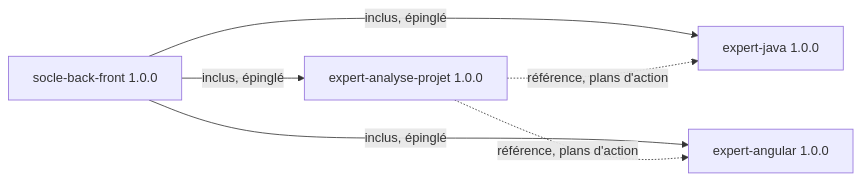
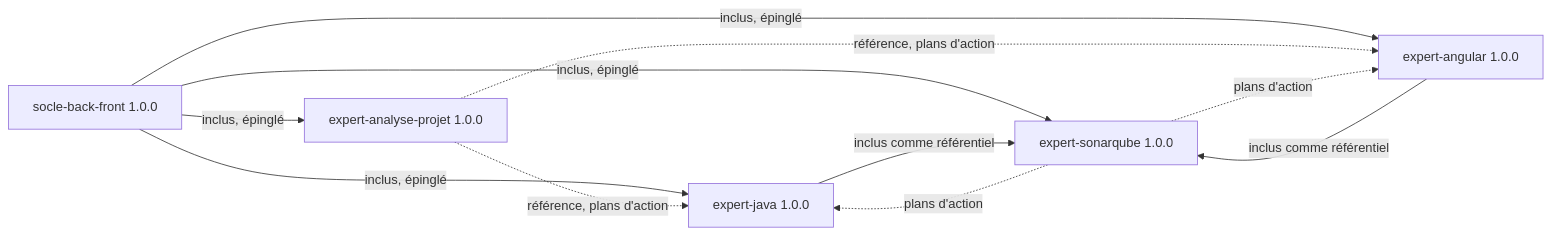
Before and after one commit to FredGarcia/Agent2Prompt: the diagram in README.md, drawn with Mermaid. The commit also changed other lines of this file and 2 other files, not shown here.

Commit message:
docs: expert SonarQube et référentiels inclus
Claude-Session: https://claude.ai/code/session_01DuGbAfFPNuLuPDUQJSJwHu

````diff
--- a/README.md
+++ b/README.md
@@ -18,8 +19,13 @@
 ```mermaid
 flowchart LR
   SOCLE["socle-back-front 1.0.0"] -->|"inclus, épinglé"| J["expert-java 1.0.0"]
   SOCLE -->|"inclus, épinglé"| A["expert-angular 1.0.0"]
   SOCLE -->|"inclus, épinglé"| AN["expert-analyse-projet 1.0.0"]
   AN -.->|"référence, plans d'action"| J
   AN -.->|"référence, plans d'action"| A
+  SOCLE -->|"inclus, épinglé"| SQ["expert-sonarqube 1.0.0"]
+  J -->|"inclus comme référentiel"| SQ
+  A -->|"inclus comme référentiel"| SQ
+  SQ -.->|"plans d'action"| J
+  SQ -.->|"plans d'action"| A
 ```
````
